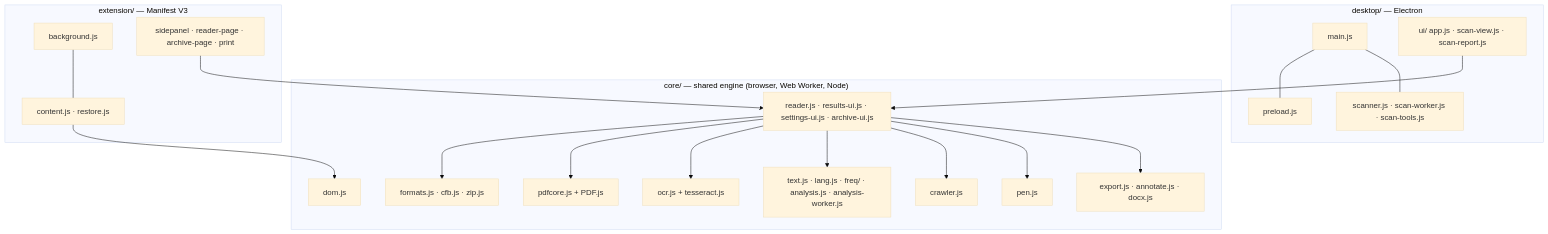
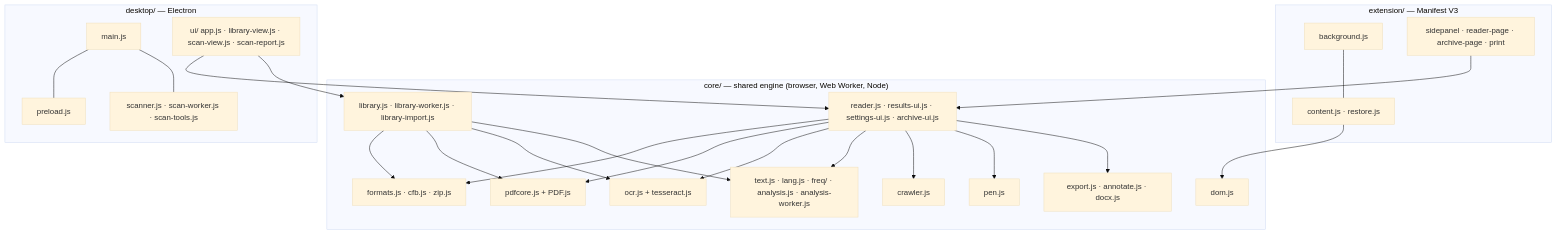
Before and after one commit to davide0707/word-crawler: the first of 4 diagrams in docs/ARCHITECTURE.md, drawn with Mermaid (base theme). The commit also changed other lines of this file and 11 other files, not shown here.

````diff
--- a/docs/ARCHITECTURE.md
+++ b/docs/ARCHITECTURE.md
@@ -20,27 +21,30 @@
 ```mermaid
 flowchart TB
   subgraph core["core/ — shared engine (browser, Web Worker, Node)"]
     formats[formats.js · cfb.js · zip.js]
     pdf[pdfcore.js + PDF.js]
     ocr[ocr.js + tesseract.js]
     dom[dom.js]
     analysis[text.js · lang.js · freq/ · analysis.js · analysis-worker.js]
     crawler[crawler.js]
     pen[pen.js]
     reader[reader.js · results-ui.js · settings-ui.js · archive-ui.js]
     exports[export.js · annotate.js · docx.js]
+    library[library.js · library-worker.js · library-import.js]
   end
   subgraph desktop["desktop/ — Electron"]
     main[main.js] --- preload[preload.js]
     main --- scanner[scanner.js · scan-worker.js · scan-tools.js]
-    ui[ui/ app.js · scan-view.js · scan-report.js]
+    ui[ui/ app.js · library-view.js · scan-view.js · scan-report.js]
   end
   subgraph ext["extension/ — Manifest V3"]
     bg[background.js] --- content[content.js · restore.js]
     pages[sidepanel · reader-page · archive-page · print]
   end
   ui --> reader
   pages --> reader
   content --> dom
   reader --> formats & pdf & ocr & analysis & crawler & pen & exports
+  ui --> library
+  library --> formats & pdf & ocr & analysis
 ```
````
